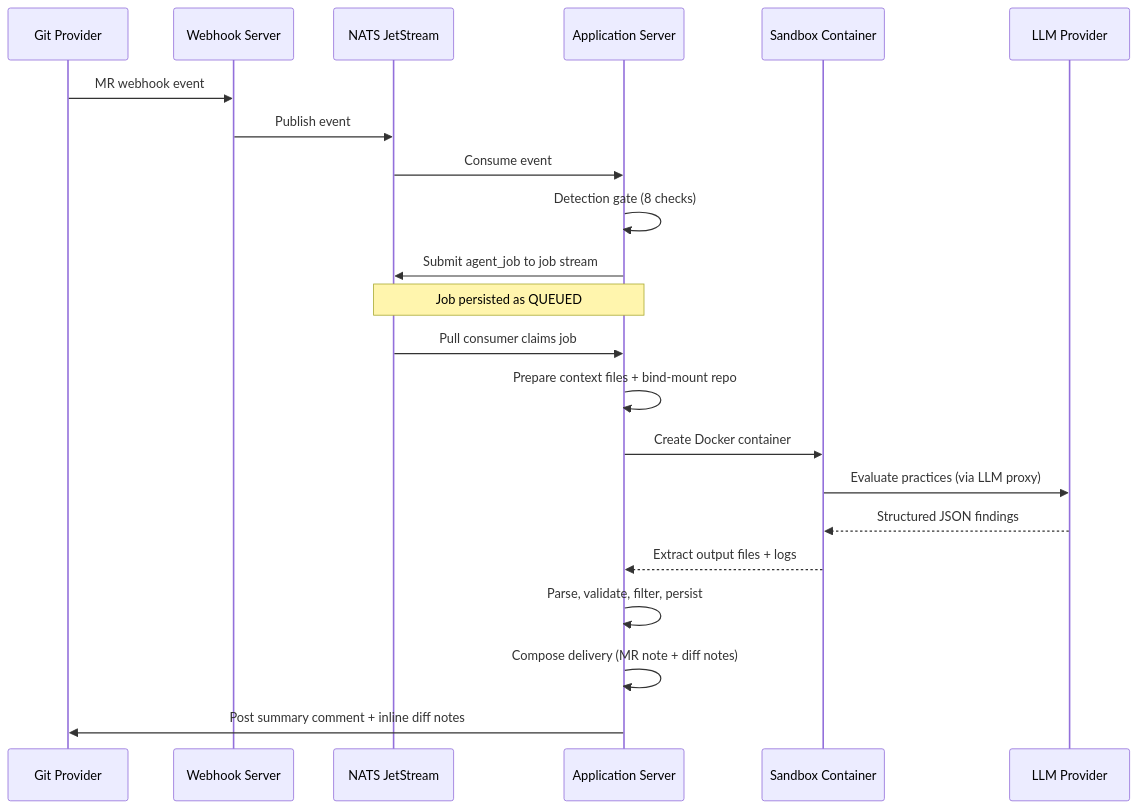
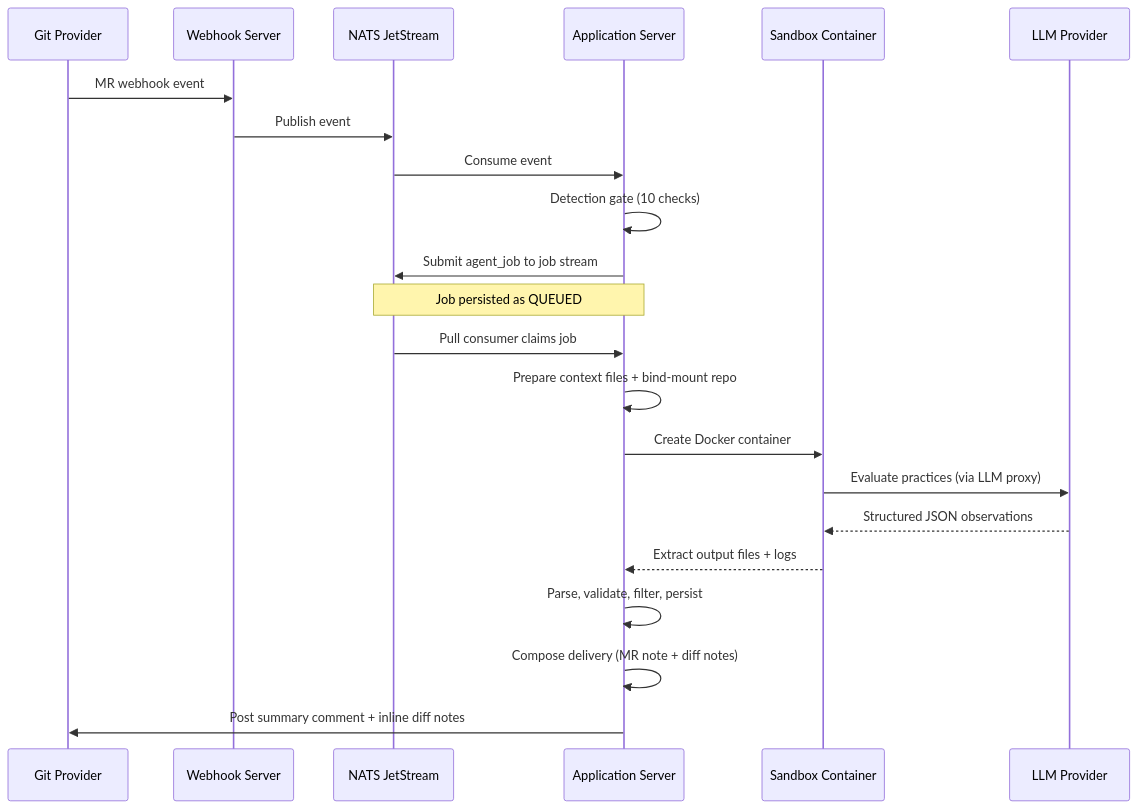
The diagram in docs/contributor/ai-code-review.mdx (ls1intum/Hephaestus), drawn with Mermaid before and after one commit. The commit also changed other lines of this file and 67 other files, not shown here.

````diff
--- a/docs/contributor/ai-code-review.mdx
+++ b/docs/contributor/ai-code-review.mdx
@@ -12,25 +12,25 @@
 ```mermaid
 sequenceDiagram
     participant GL as Git Provider
     participant WH as Webhook Server
     participant NATS as NATS JetStream
     participant AS as Application Server
     participant SB as Sandbox Container
     participant LLM as LLM Provider
 
     GL->>WH: MR webhook event
     WH->>NATS: Publish event
     NATS->>AS: Consume event
-    AS->>AS: Detection gate (8 checks)
+    AS->>AS: Detection gate (10 checks)
     AS->>NATS: Submit agent_job to job stream
     Note over AS,NATS: Job persisted as QUEUED
     NATS->>AS: Pull consumer claims job
     AS->>AS: Prepare context files + bind-mount repo
     AS->>SB: Create Docker container
     SB->>LLM: Evaluate practices (via LLM proxy)
-    LLM-->>SB: Structured JSON findings
+    LLM-->>SB: Structured JSON observations
     SB-->>AS: Extract output files + logs
     AS->>AS: Parse, validate, filter, persist
     AS->>AS: Compose delivery (MR note + diff notes)
     AS->>GL: Post summary comment + inline diff notes
 ```
````
